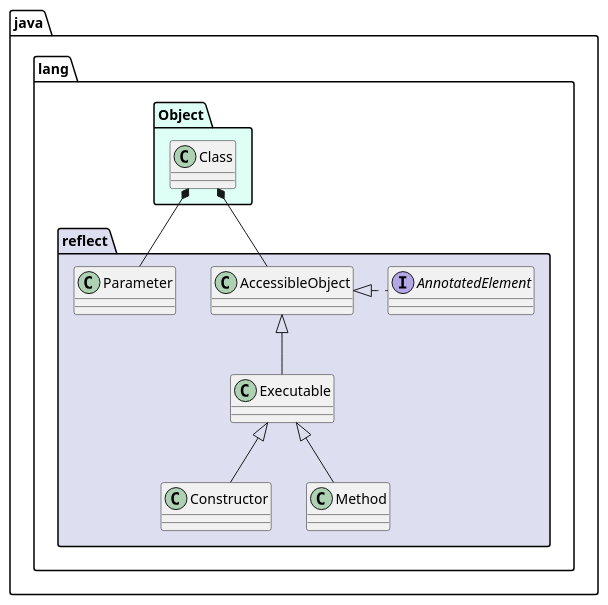
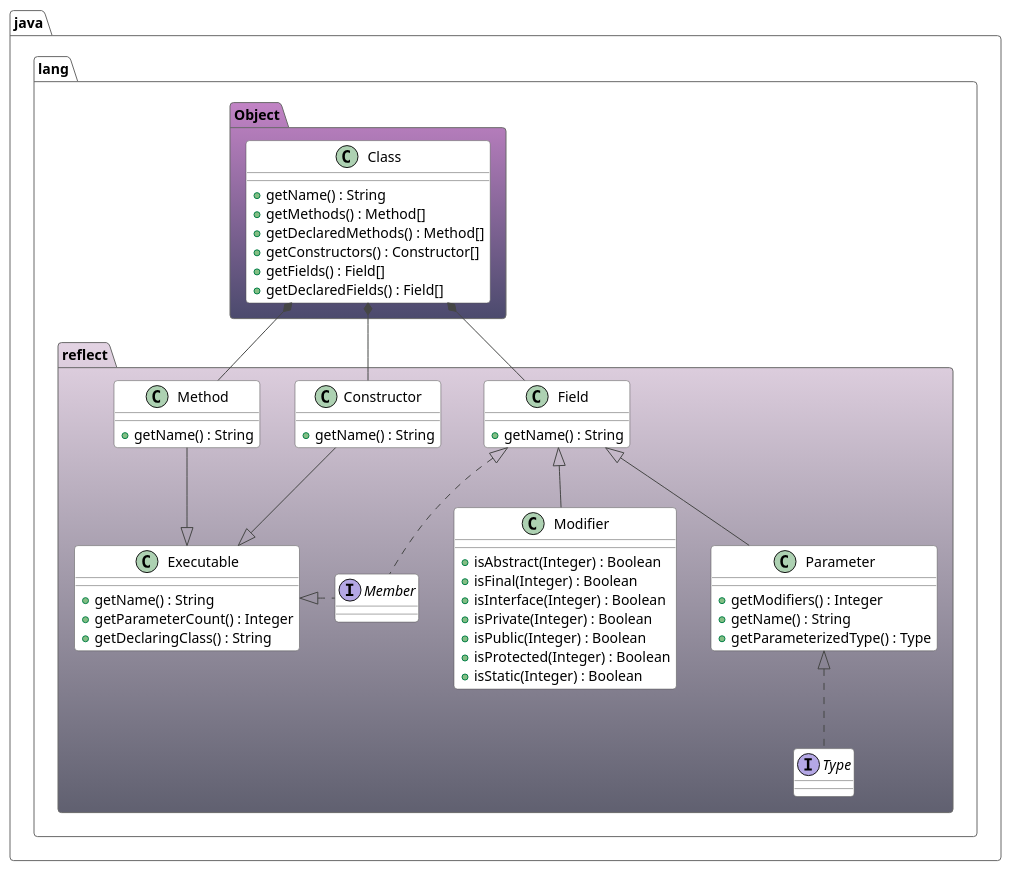
The diagram in P21_Projet/semaine1/Reflection.puml (Lienub/RING), drawn with PlantUML before and after one commit.

Commit message:
Création du diagramme de classe de l'API Reflection

```diff
--- a/P21_Projet/semaine1/Reflection.puml
+++ b/P21_Projet/semaine1/Reflection.puml
@@ -1,32 +1,73 @@
 @startuml
 'https://plantuml.com/class-diagram
-package java.lang.Object #DEFFF5{
-    class Class{}
-    package java.lang.reflect    #DDDFF0{
+!theme vibrant
+skinparam classBorderColor #4F4F4F
+skinparam classBackgroundColor #FFFFFF
+package java.lang.Object #C283C5-4B4A6D{
+    class Class{
+        +getName() : String
+        +getMethods() : Method[]
+        +getDeclaredMethods() : Method[]
+        +getConstructors() : Constructor[]
+        +getFields() : Field[]
+        +getDeclaredFields() : Field[]
+    }
+    package java.lang.reflect    #E3D3E3-606070{
         class Constructor{
+            +getName() : String
+        }
+
+        class Field{
+            +getName() : String
+        }
+
+        class Modifier{
+            +isAbstract(Integer) : Boolean
+            +isFinal(Integer) : Boolean
+            +isInterface(Integer) : Boolean
+            +isPrivate(Integer) : Boolean
+            +isPublic(Integer) : Boolean
+            +isProtected(Integer) : Boolean
+            +isStatic(Integer) : Boolean
+
         }
 
         class Parameter{
+            +getModifiers() : Integer
+            +getName() : String
+            +getParameterizedType() : Type
         }
 
         class Method{
+            +getName() : String
         }
 
         class Executable{
+            +getName() : String
+            +getParameterCount() : Integer
+            +getDeclaringClass() : String
         }
 
-        class AccessibleObject{
-            }
-        interface AnnotatedElement{
-            }
-        AccessibleObject <|. AnnotatedElement
-        AccessibleObject <|-- Executable
-        Executable <|-- Method
-        Executable <|-- Constructor
+
+        interface Member{}
+        interface Type{}
+
+
+
+
+        Executable <|. Member
+        Field <|.. Member
+        Constructor --|> Executable
+        Method --|> Executable
+
     }
-    Class *-- AccessibleObject
-    Class *-- Parameter
+    Parameter <|.. Type
+    Class *-- Field
+    Field <|-- Modifier
+    Class *-- Constructor
+    Class *-- Method
+    Field <|-- Parameter
 }
 
 
 @enduml
```
